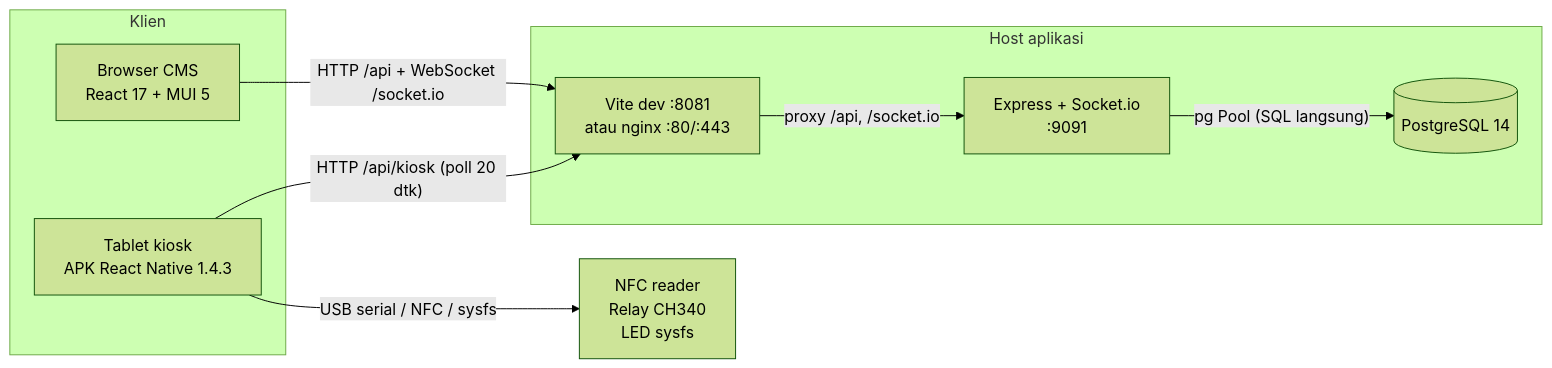
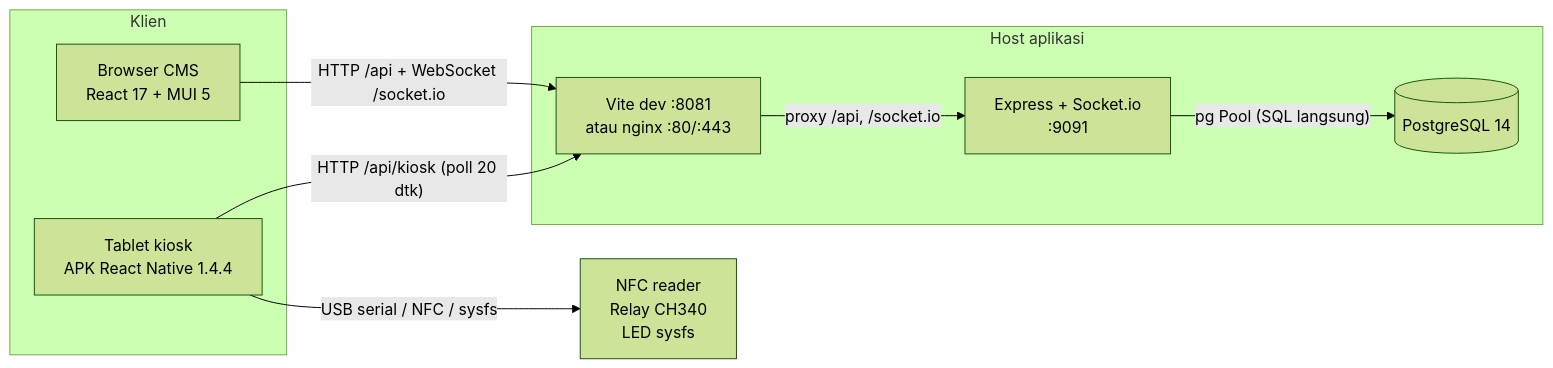
Before and after one commit to goodmeow/app_booking: the first of 5 diagrams in docs/architecture.md, drawn with Mermaid (forest theme). The commit also changed other lines of this file and 18 other files, not shown here.

````diff
--- a/docs/architecture.md
+++ b/docs/architecture.md
@@ -28,21 +28,21 @@
 ```mermaid
 flowchart LR
   subgraph Klien
     CMS["Browser CMS<br/>React 17 + MUI 5"]
-    KIOSK["Tablet kiosk<br/>APK React Native 1.4.3"]
+    KIOSK["Tablet kiosk<br/>APK React Native 1.4.4"]
   end
 
   subgraph Host["Host aplikasi"]
     EDGE["Vite dev :8081<br/>atau nginx :80/:443"]
     API["Express + Socket.io<br/>:9091"]
     DB[("PostgreSQL 14")]
   end
 
   HW["NFC reader<br/>Relay CH340<br/>LED sysfs"]
 
   CMS -->|"HTTP /api + WebSocket /socket.io"| EDGE
   EDGE -->|"proxy /api, /socket.io"| API
   API -->|"pg Pool (SQL langsung)"| DB
   KIOSK -->|"HTTP /api/kiosk (poll 20 dtk)"| EDGE
   KIOSK -->|"USB serial / NFC / sysfs"| HW
 ```
````
